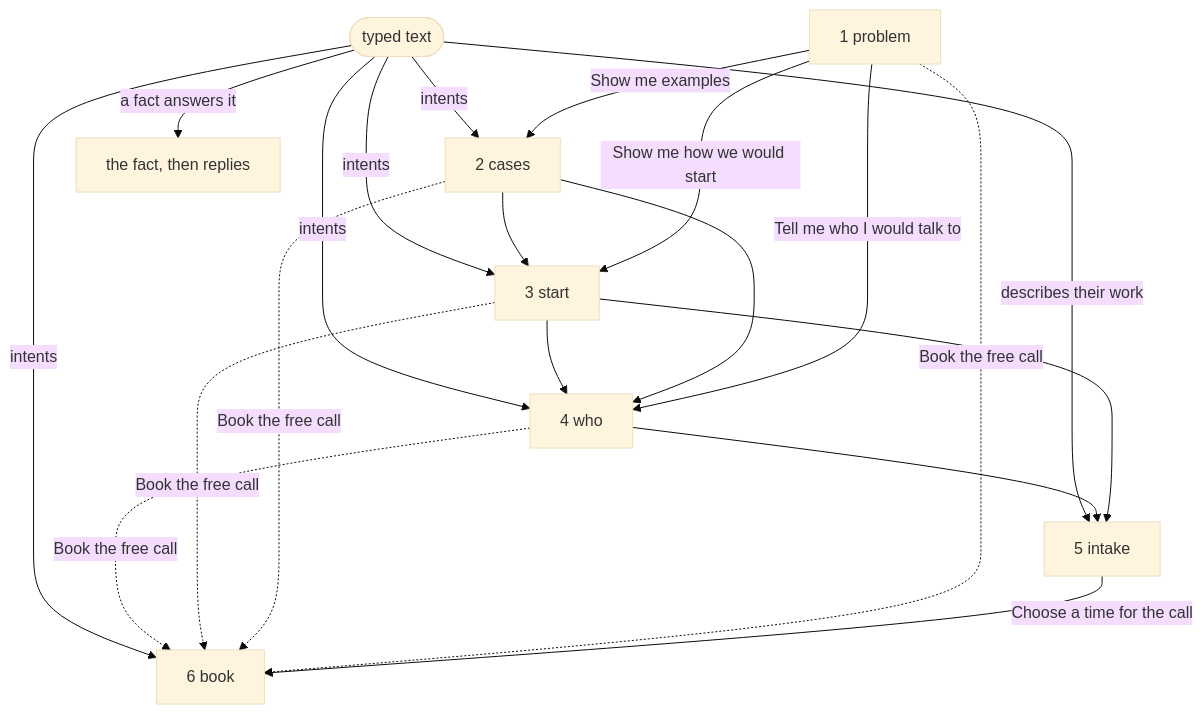
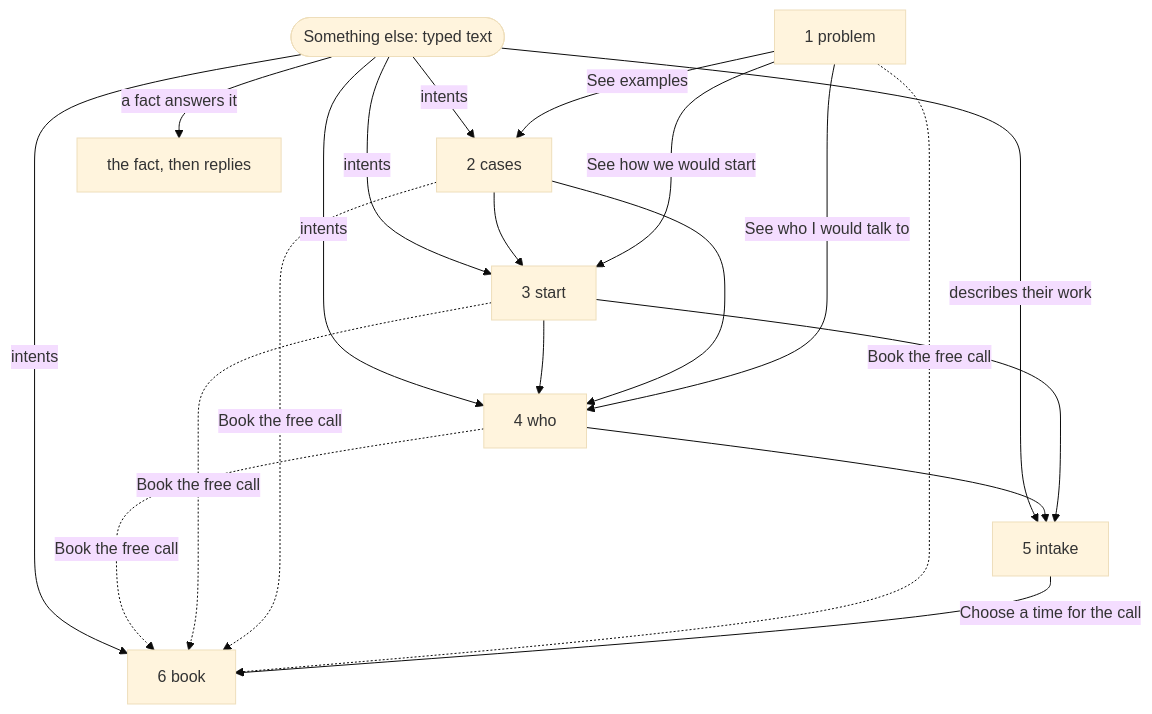
One commit to Rwb3n/rwb3n.github.io changed the second of 2 diagrams in _model/target/funnel.md. Above: the diagram before and after it, drawn with Mermaid (base theme). The commit also changed other lines of this file and 22 other files, not shown here.

First line of the commit message:
Options with free text: every turn ends in numbered actions and "Something else"

````diff
--- a/_model/target/funnel.md
+++ b/_model/target/funnel.md
@@ -111,14 +115,14 @@
 ```mermaid
 flowchart TD
-  P[1 problem] -- "Show me examples" --> R[2 cases]
-  P -- "Show me how we would start" --> K[3 start]
-  P -- "Tell me who I would talk to" --> T[4 who]
+  P[1 problem] -- "See examples" --> R[2 cases]
+  P -- "See how we would start" --> K[3 start]
+  P -- "See who I would talk to" --> T[4 who]
   R --> K & T
   K --> T & I
   T --> I[5 intake]
   I -- "Choose a time for the call" --> B[6 book]
   P & R & K & T -. "Book the free call" .-> B
-  X([typed text]) -- describes their work --> I
+  X(["Something else": typed text]) -- describes their work --> I
   X -- a fact answers it --> A[the fact, then replies]
   X -- intents --> R & K & T & B
 ```
````
